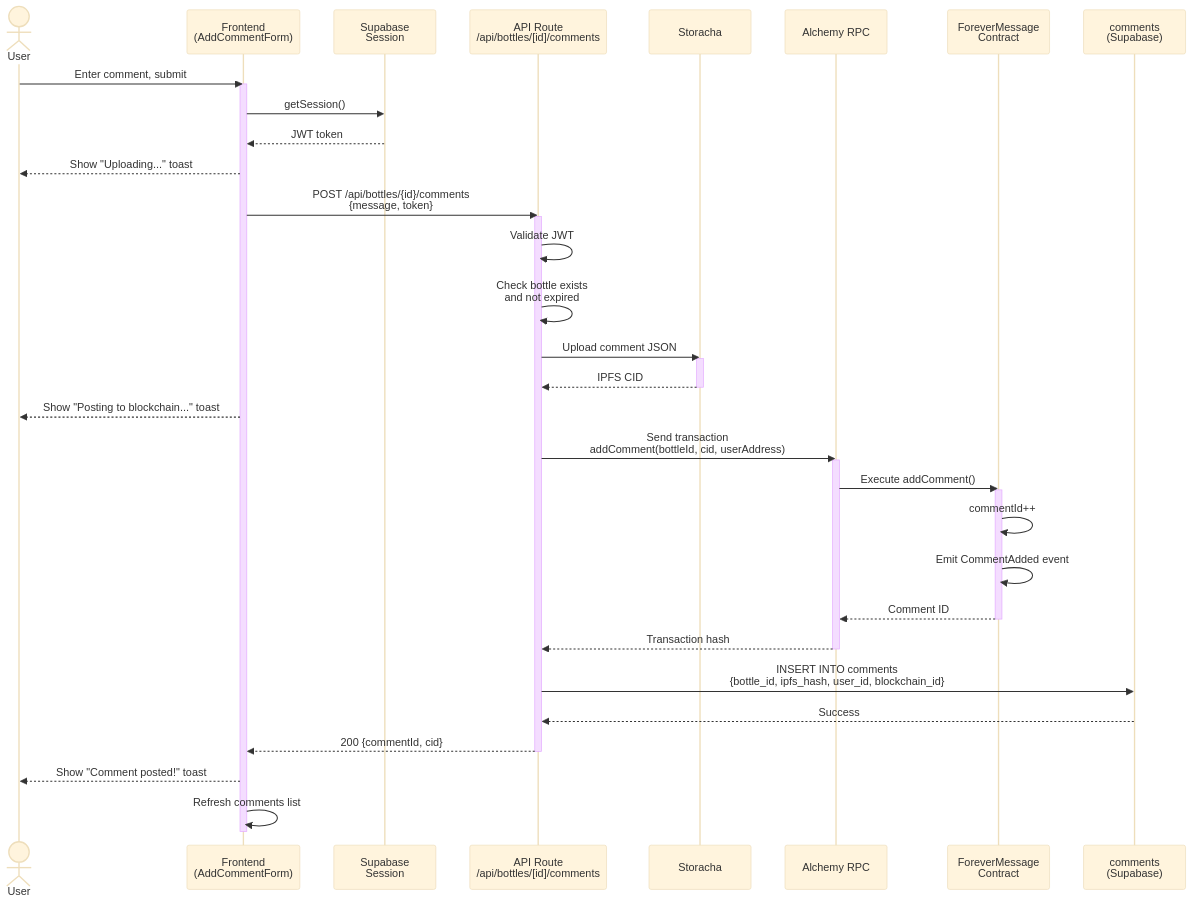
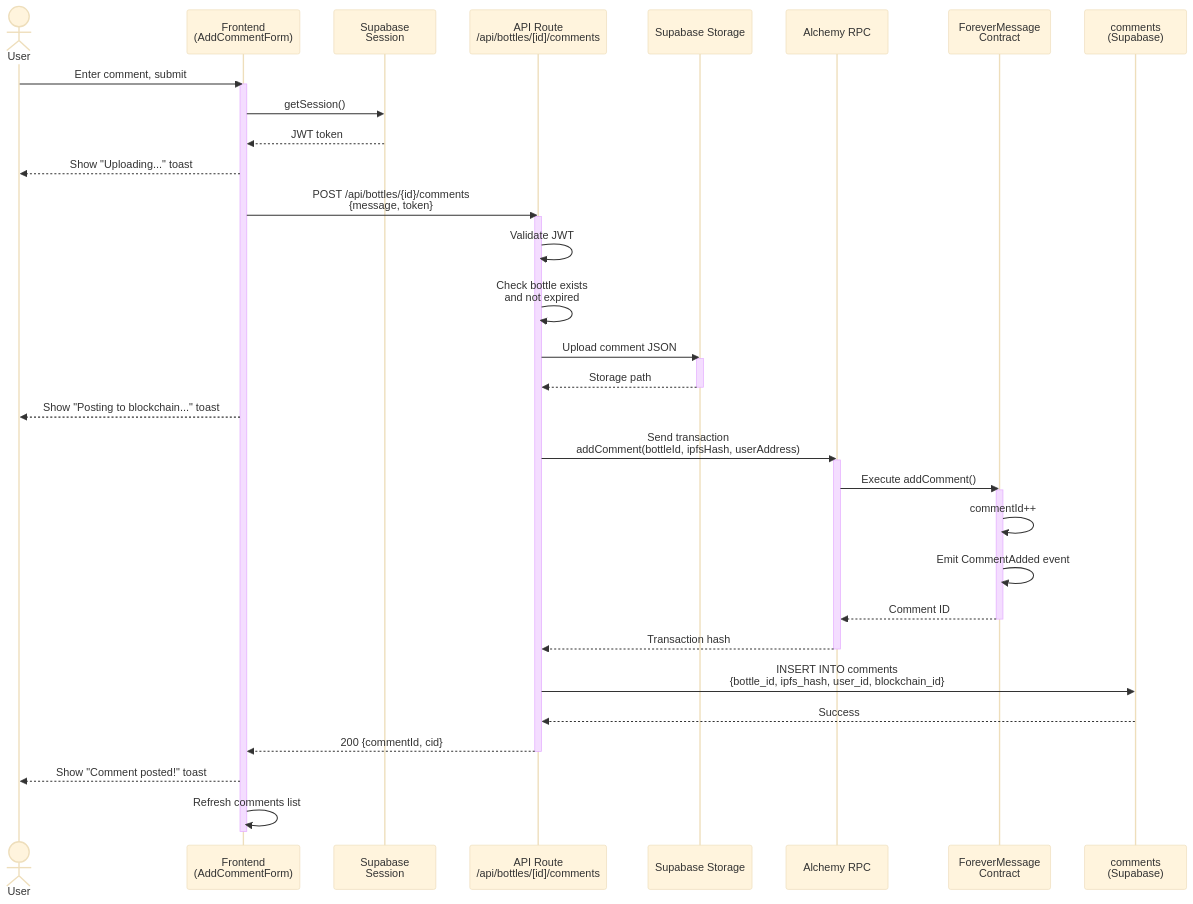
The third of 6 diagrams in architecture/data-flow.md (loscolmebrothers/forever-message-docs), drawn with Mermaid (base theme) before and after one commit. The commit also changed other lines of this file and 4 other files, not shown here.

Commit message:
docs: replace all IPFS/Filebase references with Supabase Storage

````diff
--- a/architecture/data-flow.md
+++ b/architecture/data-flow.md
@@ -216,52 +216,52 @@
 ```mermaid
 sequenceDiagram
     actor User
     participant UI as Frontend<br/>(AddCommentForm)
     participant Auth as Supabase<br/>Session
     participant API as API Route<br/>/api/bottles/[id]/comments
-    participant IPFS as Storacha
+    participant Storage as Supabase Storage
     participant RPC as Alchemy RPC
     participant Contract as ForeverMessage<br/>Contract
     participant DB as comments<br/>(Supabase)
 
     User->>UI: Enter comment, submit
 
     activate UI
     UI->>Auth: getSession()
     Auth-->>UI: JWT token
 
     UI-->>User: Show "Uploading..." toast
 
     UI->>API: POST /api/bottles/{id}/comments<br/>{message, token}
     activate API
     API->>API: Validate JWT
     API->>API: Check bottle exists<br/>and not expired
 
-    API->>IPFS: Upload comment JSON
-    activate IPFS
-    IPFS-->>API: IPFS CID
-    deactivate IPFS
+    API->>Storage: Upload comment JSON
+    activate Storage
+    Storage-->>API: Storage path
+    deactivate Storage
 
     UI-->>User: Show "Posting to blockchain..." toast
 
-    API->>RPC: Send transaction<br/>addComment(bottleId, cid, userAddress)
+    API->>RPC: Send transaction<br/>addComment(bottleId, ipfsHash, userAddress)
     activate RPC
     RPC->>Contract: Execute addComment()
     activate Contract
     Contract->>Contract: commentId++
     Contract->>Contract: Emit CommentAdded event
     Contract-->>RPC: Comment ID
     deactivate Contract
     RPC-->>API: Transaction hash
     deactivate RPC
 
     API->>DB: INSERT INTO comments<br/>{bottle_id, ipfs_hash, user_id, blockchain_id}
     DB-->>API: Success
 
     API-->>UI: 200 {commentId, cid}
     deactivate API
 
     UI-->>User: Show "Comment posted!" toast
     UI->>UI: Refresh comments list
     deactivate UI
 ```
````
